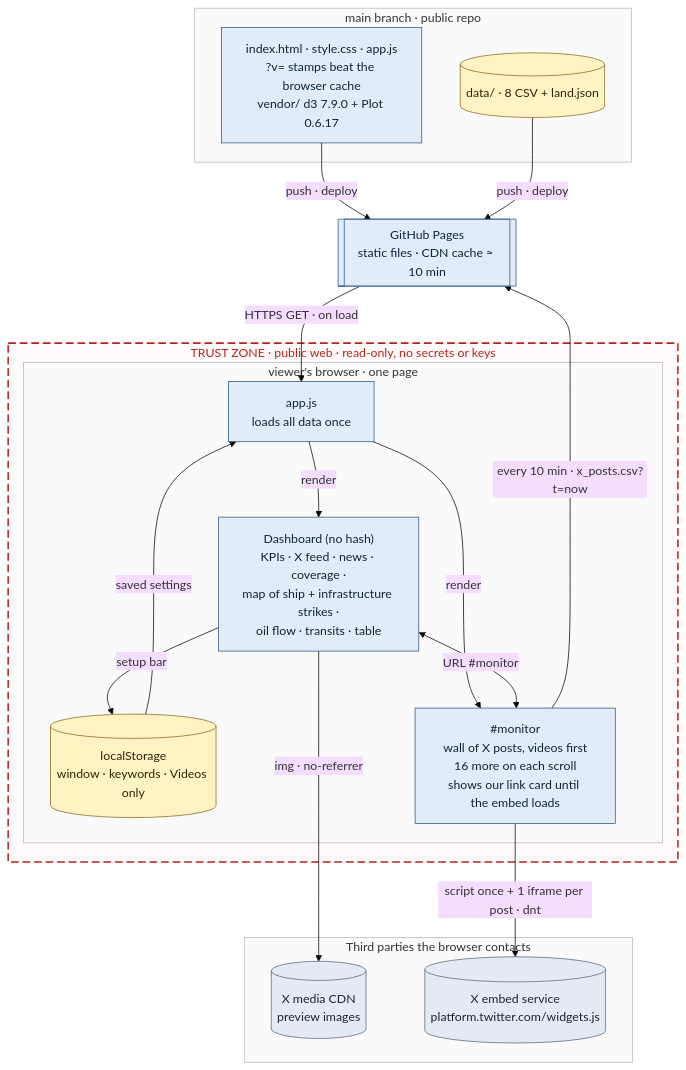
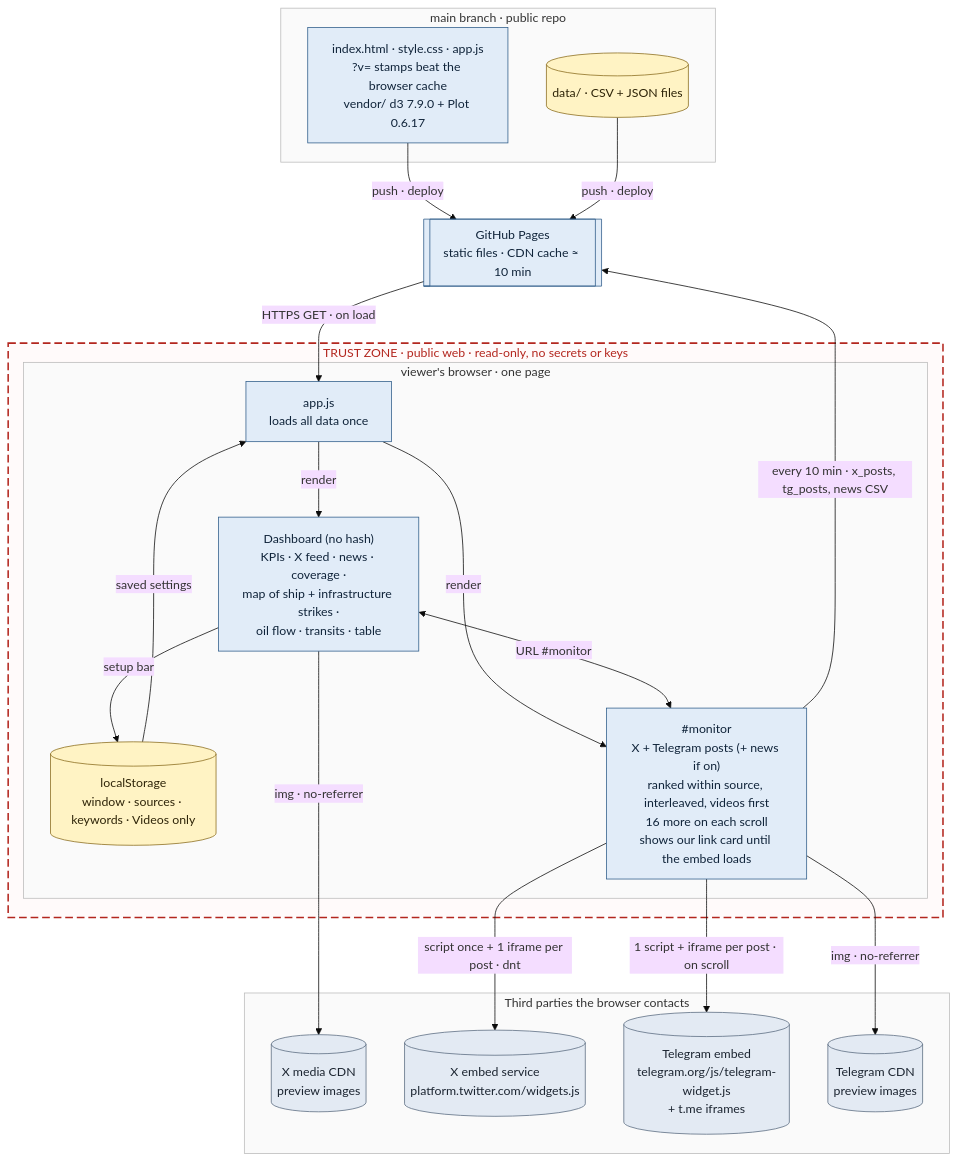
Before and after one commit to jjmargolis/Straight-Tracker: the diagram in docs/architecture/04-site-runtime.mmd, drawn with Mermaid (base theme). The commit also changed 8 other files, not shown here.

Commit message:
Document the free feeds: SPEC section 1C, architecture diagrams, README

```diff
--- a/docs/architecture/04-site-runtime.mmd
+++ b/docs/architecture/04-site-runtime.mmd
@@ -1,54 +1,58 @@
 %% 4. Site runtime: what a viewer's browser loads and does.
 %% Mermaid source. Render with ./render.sh (ELK layout, right-angle edges).
 %% Edge labels: what · format · cadence · auth. Shapes, colours and line styles: see 00-legend.mmd.
 flowchart TB
   subgraph REPO["main branch · public repo"]
     CODE["index.html · style.css · app.js<br/>?v= stamps beat the browser cache<br/>vendor/ d3 7.9.0 + Plot 0.6.17"]
-    DATA[("data/ · 8 CSV + land.json")]
+    DATA[("data/ · CSV + JSON files")]
   end
   PAGES[["GitHub Pages<br/>static files · CDN cache ≈ 10 min"]]
 
   subgraph WEB["TRUST ZONE · public web · read-only, no secrets or keys"]
     subgraph BR["viewer's browser · one page"]
       APP["app.js<br/>loads all data once"]
-      LS[("localStorage<br/>window · keywords · Videos only")]
+      LS[("localStorage<br/>window · sources · keywords · Videos only")]
       DASH["Dashboard (no hash)<br/>KPIs · X feed · news · coverage ·<br/>map of ship + infrastructure strikes ·<br/>oil flow · transits · table"]
-      MON["#monitor<br/>wall of X posts, videos first<br/>16 more on each scroll<br/>shows our link card until the embed loads"]
+      MON["#monitor<br/>X + Telegram posts (+ news if on)<br/>ranked within source, interleaved, videos first<br/>16 more on each scroll<br/>shows our link card until the embed loads"]
     end
   end
 
   subgraph X3["Third parties the browser contacts"]
     XCDN[("X media CDN<br/>preview images")]
     XEMB[("X embed service<br/>platform.twitter.com/widgets.js")]
+    TEMB[("Telegram embed<br/>telegram.org/js/telegram-widget.js<br/>+ t.me iframes")]
+    TCDN[("Telegram CDN<br/>preview images")]
   end
 
   CODE -->|"push · deploy"| PAGES
   DATA -->|"push · deploy"| PAGES
   PAGES -->|"HTTPS GET · on load"| APP
   LS -->|"saved settings"| APP
   APP -->|"render"| DASH
   APP -->|"render"| MON
   DASH -->|"setup bar"| LS
   DASH <-->|"URL #monitor"| MON
-  MON -->|"every 10 min · x_posts.csv?t=now"| PAGES
+  MON -->|"every 10 min · x_posts, tg_posts, news CSV"| PAGES
   DASH -->|"img · no-referrer"| XCDN
   MON -->|"script once + 1 iframe per post · dnt"| XEMB
+  MON -->|"1 script + iframe per post · on scroll"| TEMB
+  MON -->|"img · no-referrer"| TCDN
 
   classDef ext fill:#e3eaf3,stroke:#5a6b80,color:#1b2430
   classDef human fill:#fbe8cc,stroke:#a8742a,color:#3a2a10
   classDef claude fill:#ebe3f6,stroke:#7a62a3,color:#2a2040
   classDef job fill:#d9efe0,stroke:#3d7a4f,color:#143020
   classDef script fill:#ffffff,stroke:#3d7a4f,color:#143020
   classDef data fill:#fff3c4,stroke:#8a6d1f,color:#2e2408
   classDef site fill:#e1ecf8,stroke:#2f5d8a,color:#10243a
   classDef secret fill:#f9d9d4,stroke:#b3261e,color:#3a120c,stroke-width:2px
   classDef pending stroke:#1f5fa8,stroke-width:3px,stroke-dasharray:8 4
   classDef planned fill:#f5f5f5,stroke:#999999,color:#666666,stroke-dasharray:2 3
   classDef note fill:#fff7d6,stroke:#c9a227,color:#3a2e08
   classDef zone fill:#fffafa,stroke:#b3261e,stroke-width:2px,stroke-dasharray:10 5,color:#b3261e
   classDef group fill:#fafafa,stroke:#bbbbbb,color:#333333
-  class XEMB,XCDN ext
+  class XEMB,XCDN,TEMB,TCDN ext
   class CODE,PAGES,APP,DASH,MON site
   class DATA,LS data
   class WEB zone
   class REPO,BR,X3 group
```
